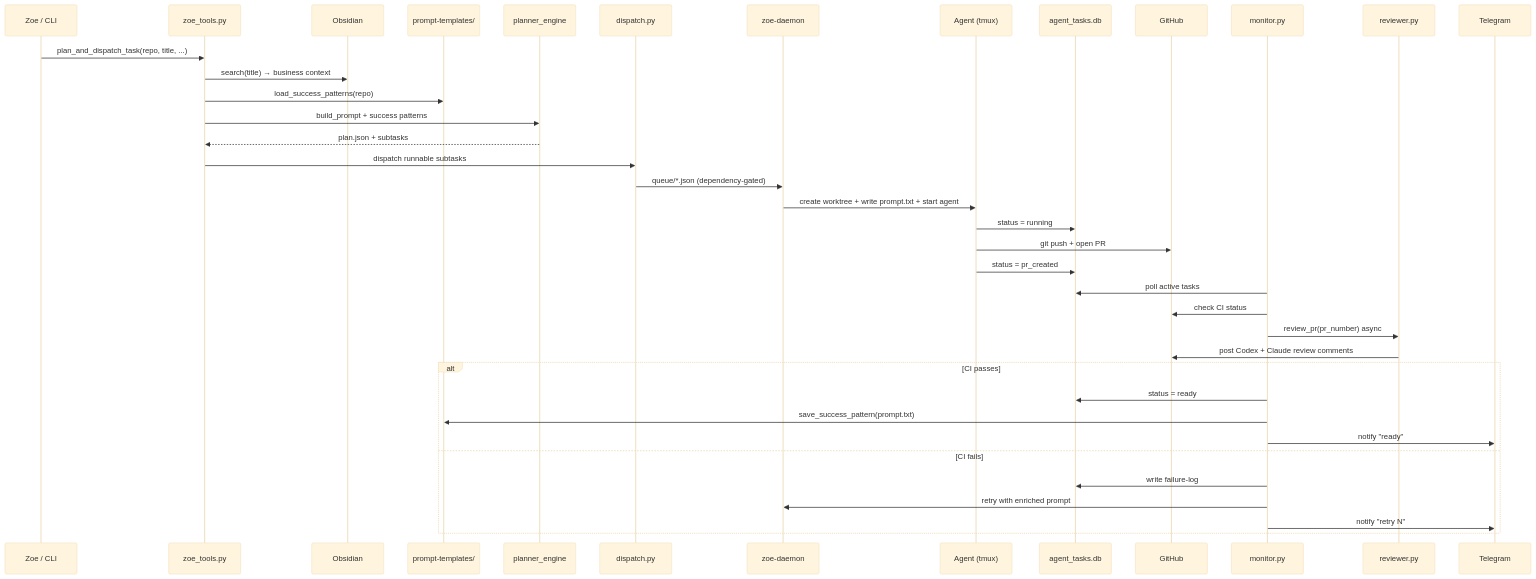
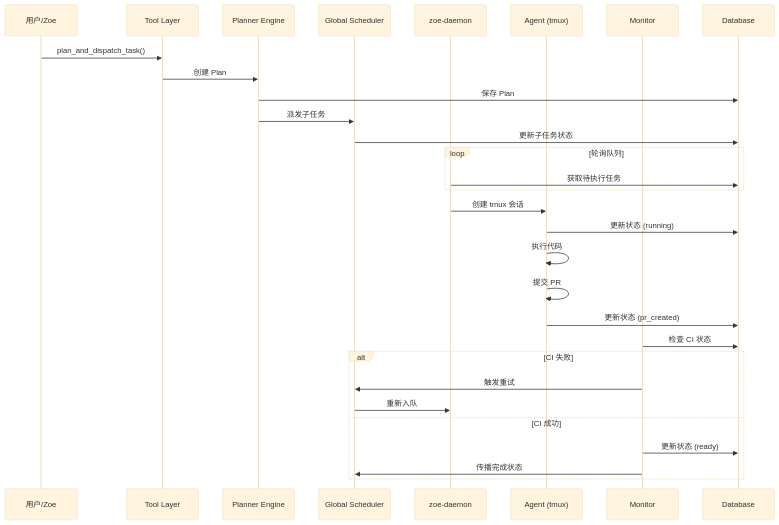
One commit to gordon8018/ai-devops changed the second of 2 diagrams in README.md. Above: the diagram before and after it, drawn with Mermaid (base theme). The commit also changed other lines of this file, not shown here.

````diff
--- a/README.md
+++ b/README.md
@@ -109,44 +283,37 @@
 ```mermaid
 sequenceDiagram
-    participant Z as Zoe / CLI
-    participant ZT as zoe_tools.py
-    participant OBS as Obsidian
-    participant TPL as prompt-templates/
-    participant PE as planner_engine
-    participant DP as dispatch.py
-    participant ZD as zoe-daemon
-    participant AG as Agent (tmux)
-    participant DB as agent_tasks.db
-    participant GH as GitHub
-    participant M as monitor.py
-    participant RV as reviewer.py
-    participant TG as Telegram
+    participant U as 用户/Zoe
+    participant T as Tool Layer
+    participant P as Planner Engine
+    participant S as Global Scheduler
+    participant D as zoe-daemon
+    participant A as Agent (tmux)
+    participant M as Monitor
+    participant DB as Database
 
-    Z->>ZT: plan_and_dispatch_task(repo, title, ...)
-    ZT->>OBS: search(title) → business context
-    ZT->>TPL: load_success_patterns(repo)
-    ZT->>PE: build_prompt + success patterns
-    PE-->>ZT: plan.json + subtasks
-    ZT->>DP: dispatch runnable subtasks
-    DP->>ZD: queue/*.json (dependency-gated)
-
-    ZD->>AG: create worktree + write prompt.txt + start agent
-    AG->>DB: status = running
-    AG->>GH: git push + open PR
-    AG->>DB: status = pr_created
-
-    M->>DB: poll active tasks
-    M->>GH: check CI status
-    M->>RV: review_pr(pr_number) async
-    RV->>GH: post Codex + Claude review comments
-
-    alt CI passes
-        M->>DB: status = ready
-        M->>TPL: save_success_pattern(prompt.txt)
-        M->>TG: notify "ready"
-    else CI fails
-        M->>DB: write failure-log
-        M->>ZD: retry with enriched prompt
-        M->>TG: notify "retry N"
+    U->>T: plan_and_dispatch_task()
+    T->>P: 创建 Plan
+    P->>DB: 保存 Plan
+    P->>S: 派发子任务
+    S->>DB: 更新子任务状态
+    
+    loop 轮询队列
+        D->>DB: 获取待执行任务
+    end
+    
+    D->>A: 创建 tmux 会话
+    A->>DB: 更新状态 (running)
+    A->>A: 执行代码
+    A->>A: 提交 PR
+    A->>DB: 更新状态 (pr_created)
+    
+    M->>DB: 检查 CI 状态
+    
+    alt CI 失败
+        M->>S: 触发重试
+        S->>D: 重新入队
+    else CI 成功
+        M->>DB: 更新状态 (ready)
+        M->>S: 传播完成状态
     end
 ```
````
